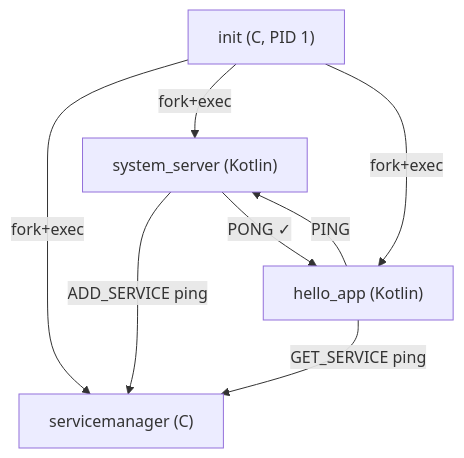
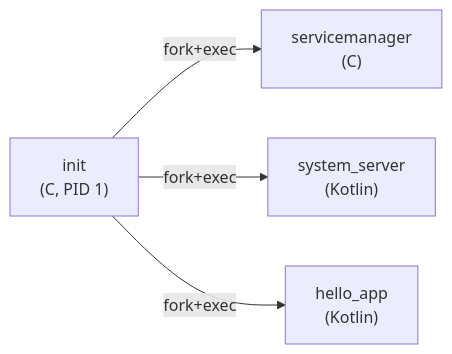
The first of 5 diagrams in README.md (Owen771/mini-AOSP), drawn with Mermaid before and after one commit. The commit also changed other lines of this file, not shown here.

First line of the commit message:
Improve README architecture diagrams (#2)

````diff
--- a/README.md
+++ b/README.md
@@ -15,16 +17,11 @@
 ```mermaid
-graph TD
-    init["init (C, PID 1)"]
-    sm["servicemanager (C)"]
-    ss["system_server (Kotlin)"]
-    app["hello_app (Kotlin)"]
+graph LR
+    init["init\n(C, PID 1)"]
+    sm["servicemanager\n(C)"]
+    ss["system_server\n(Kotlin)"]
+    app["hello_app\n(Kotlin)"]
 
-    init -->|"fork+exec"| sm
-    init -->|"fork+exec"| ss
-    init -->|"fork+exec"| app
-
-    ss -->|"ADD_SERVICE ping"| sm
-    app -->|"GET_SERVICE ping"| sm
-    app -->|"PING"| ss
-    ss -->|"PONG ✓"| app
+    init -->|fork+exec| sm
+    init -->|fork+exec| ss
+    init -->|fork+exec| app
 ```
````
